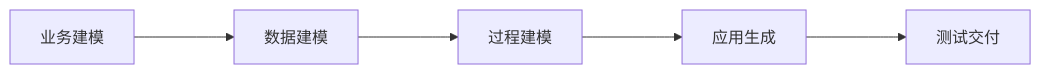
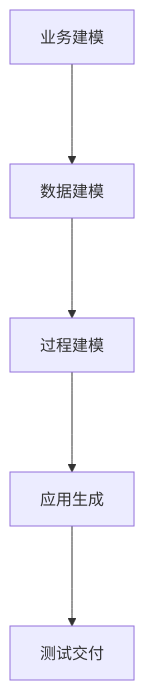
The first of 3 diagrams in src/docs/note/QCCSTP/system-architect/software-engineering.md (whiteChen233/whitechen233.github.io), drawn with Mermaid before and after one commit. The commit also changed 1 other file, not shown here.

Commit message:
fix: fix echarts not showing

````diff
--- a/src/docs/note/QCCSTP/system-architect/software-engineering.md
+++ b/src/docs/note/QCCSTP/system-architect/software-engineering.md
@@ -82,4 +82,4 @@
 ```mermaid
-flowchart LR
+flowchart TB
   A[业务建模]--->B[数据建模]--->C[过程建模]--->D[应用生成]--->E[测试交付]
 ```
````
